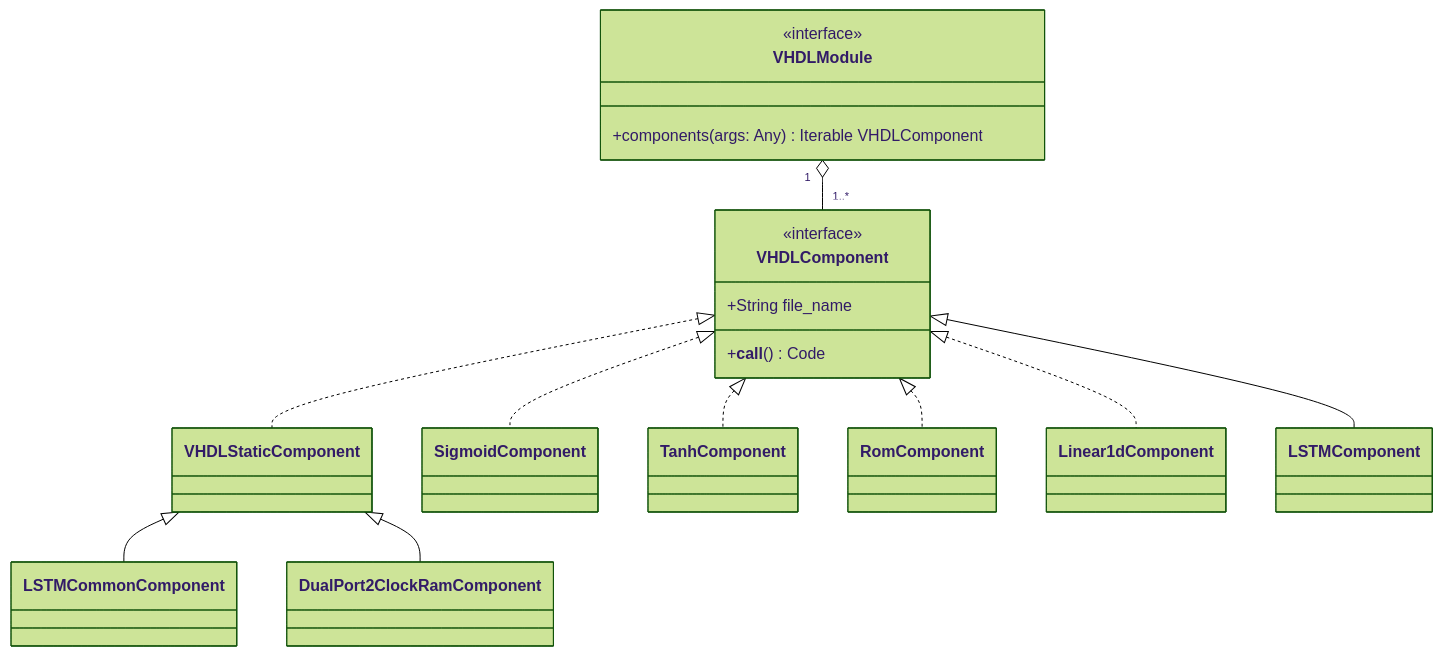
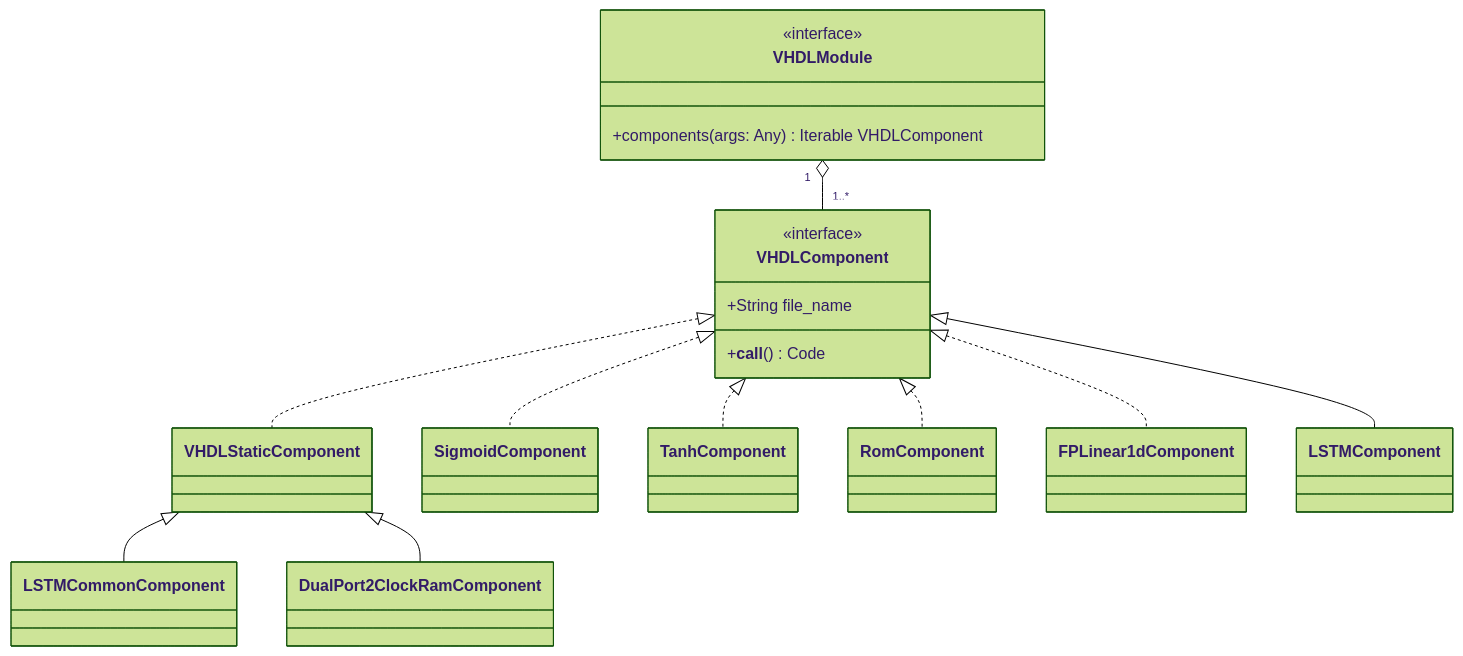
Before and after one commit to es-ude/elastic-ai.creator: the first of 3 diagrams in elasticai/creator/vhdl/README.md, drawn with Mermaid (forest theme). The commit also changed other lines of this file, not shown here.

````diff
--- a/elasticai/creator/vhdl/README.md
+++ b/elasticai/creator/vhdl/README.md
@@ -15,21 +15,21 @@
 ```mermaid
 classDiagram
 class VHDLModule {
     <<interface>>
     +components(args: Any) Iterable VHDLComponent
 }
 class VHDLComponent {
     <<interface>>
     +String file_name
     +__call__() Code
 }
 VHDLModule "1" o-- "1..*" VHDLComponent
 VHDLComponent <|.. VHDLStaticComponent
 VHDLComponent <|.. SigmoidComponent
 VHDLComponent <|.. TanhComponent
 VHDLComponent <|.. RomComponent
-VHDLComponent <|.. Linear1dComponent
+VHDLComponent <|.. FPLinear1dComponent
 VHDLComponent <|-- LSTMComponent
 VHDLStaticComponent <|-- LSTMCommonComponent
 VHDLStaticComponent <|-- DualPort2ClockRamComponent
 ```
````
